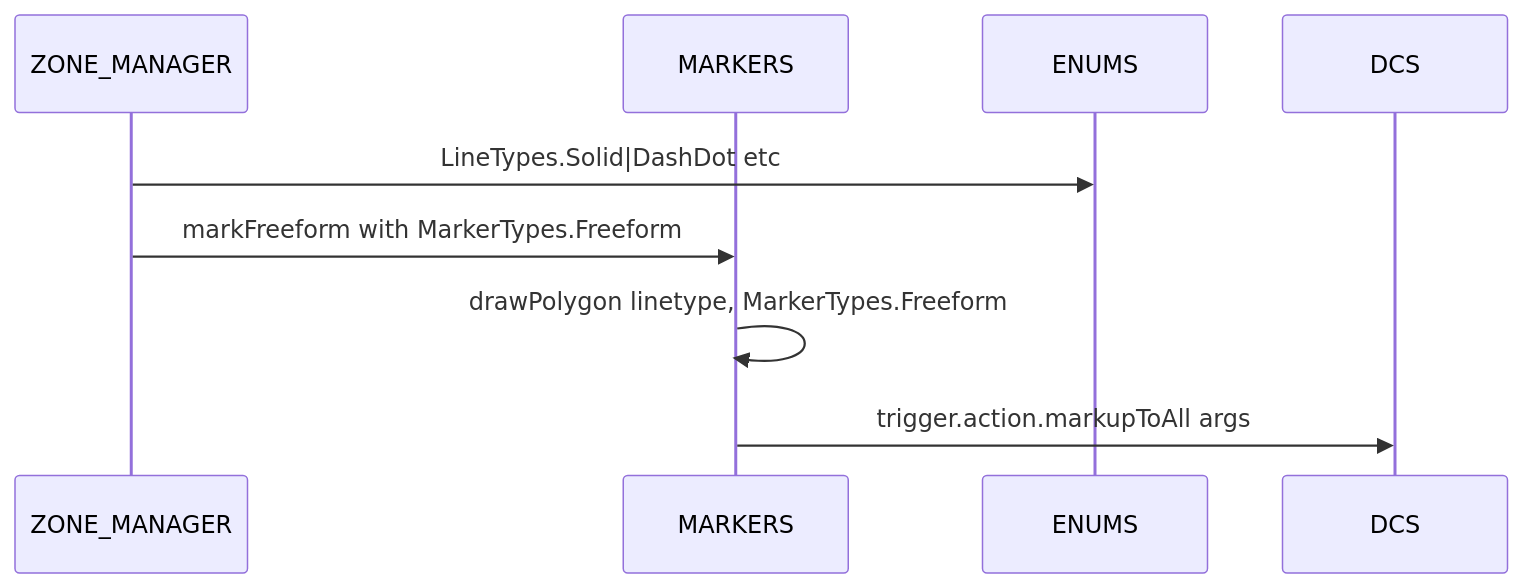
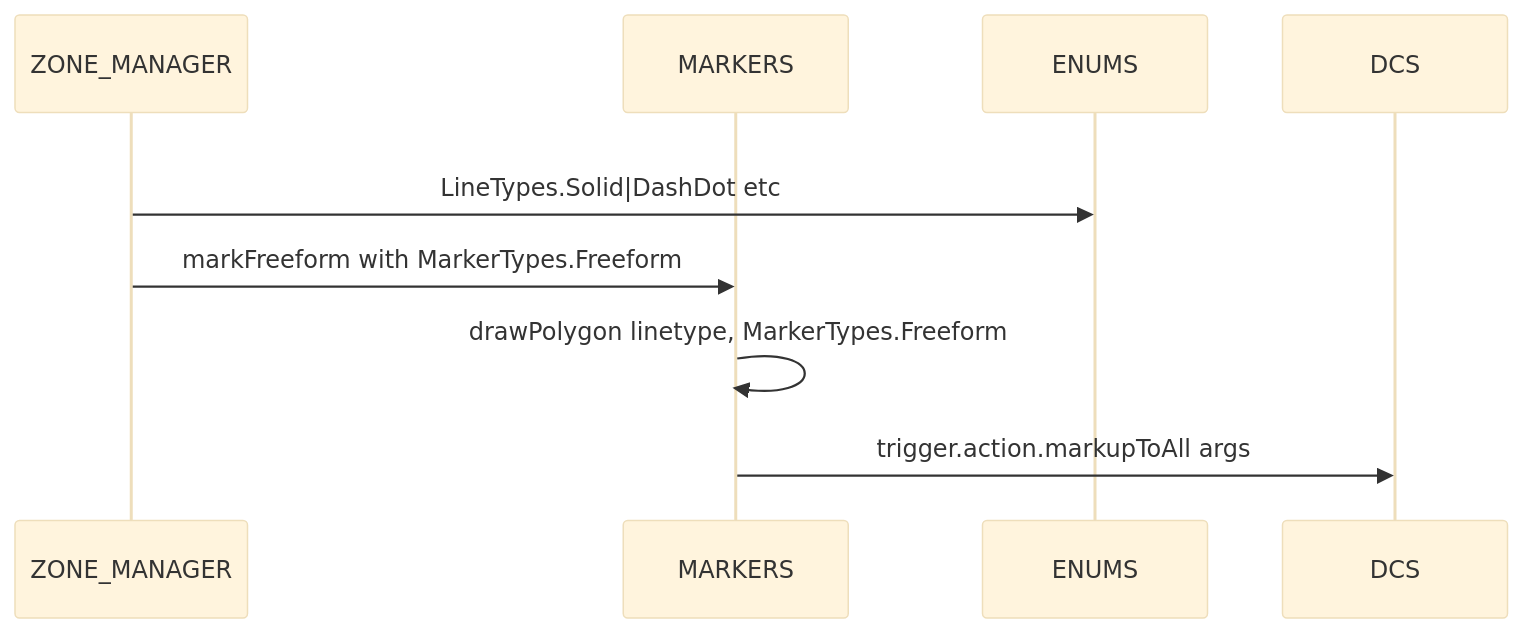
Before and after one commit to Gh0st352/AETHR: the second of 4 diagrams in docs/enums/lines_and_markers.md, drawn with Mermaid. The commit also changed other lines of this file and 7 other files, not shown here.

First line of the commit message:
docs(enums): add structured mermaid styling and subgraphs

````diff
--- a/docs/enums/lines_and_markers.md
+++ b/docs/enums/lines_and_markers.md
@@ -41,10 +74,14 @@
 ```mermaid
+%%{init: {"theme":"base"}}%%
 sequenceDiagram
   participant ZM as ZONE_MANAGER
   participant MK as MARKERS
   participant EN as ENUMS
-  ZM->>EN: LineTypes.Solid|DashDot etc
-  ZM->>MK: markFreeform with MarkerTypes.Freeform
-  MK->>MK: drawPolygon linetype, MarkerTypes.Freeform
-  MK->>DCS: trigger.action.markupToAll args
+
+  rect rgba(255, 255, 255, 0.75)
+    ZM->>EN: LineTypes.Solid|DashDot etc
+    ZM->>MK: markFreeform with MarkerTypes.Freeform
+    MK->>MK: drawPolygon linetype, MarkerTypes.Freeform
+    MK->>DCS: trigger.action.markupToAll args
+  end
 ```
````
